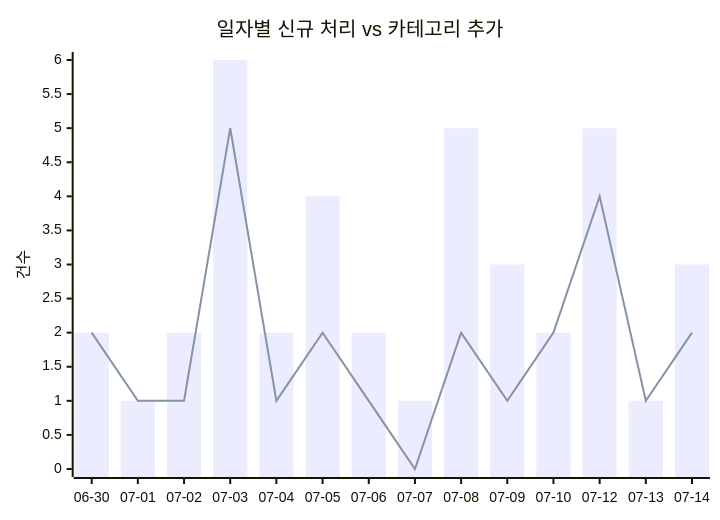
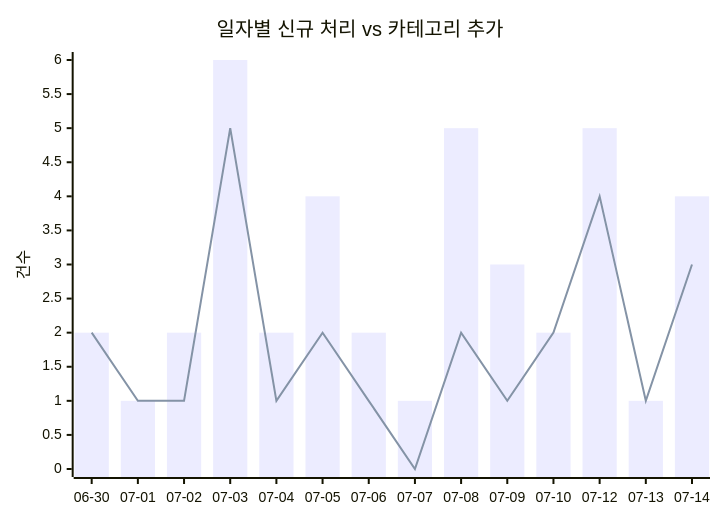
One commit to J-nowcow/awesome-korean-agent-skills changed the first of 2 diagrams in docs/trends.md. Above: the diagram before and after it, drawn with Mermaid. The commit also changed other lines of this file and 4 other files, not shown here.

````diff
--- a/docs/trends.md
+++ b/docs/trends.md
@@ -32,8 +32,8 @@
 ```mermaid
 xychart-beta
     title "일자별 신규 처리 vs 카테고리 추가"
     x-axis ["06-30","07-01","07-02","07-03","07-04","07-05","07-06","07-07","07-08","07-09","07-10","07-12","07-13","07-14"]
     y-axis "건수"
-    bar [2,1,2,6,2,4,2,1,5,3,2,5,1,3]
-    line [2,1,1,5,1,2,1,0,2,1,2,4,1,2]
+    bar [2,1,2,6,2,4,2,1,5,3,2,5,1,4]
+    line [2,1,1,5,1,2,1,0,2,1,2,4,1,3]
 ```
````
